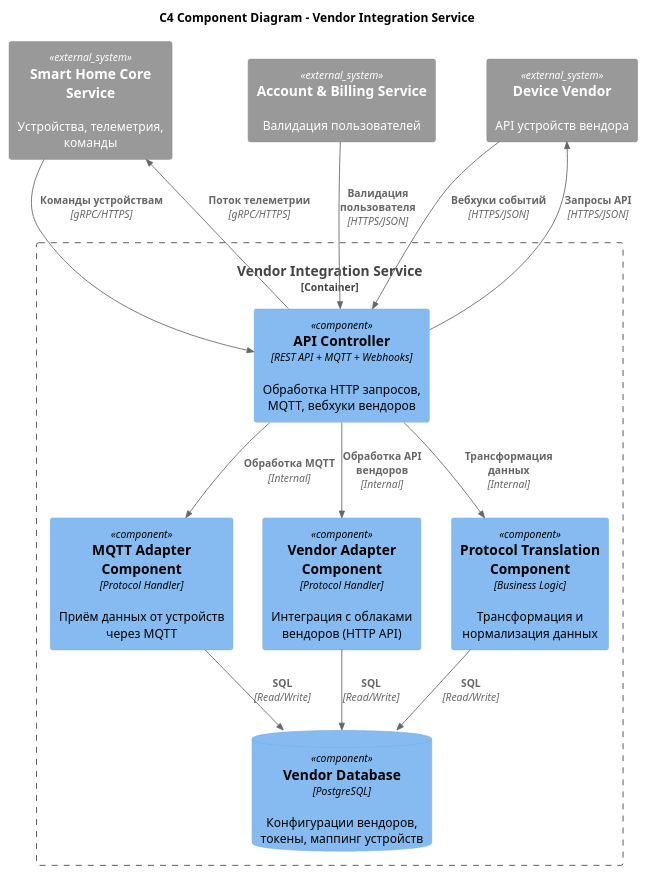
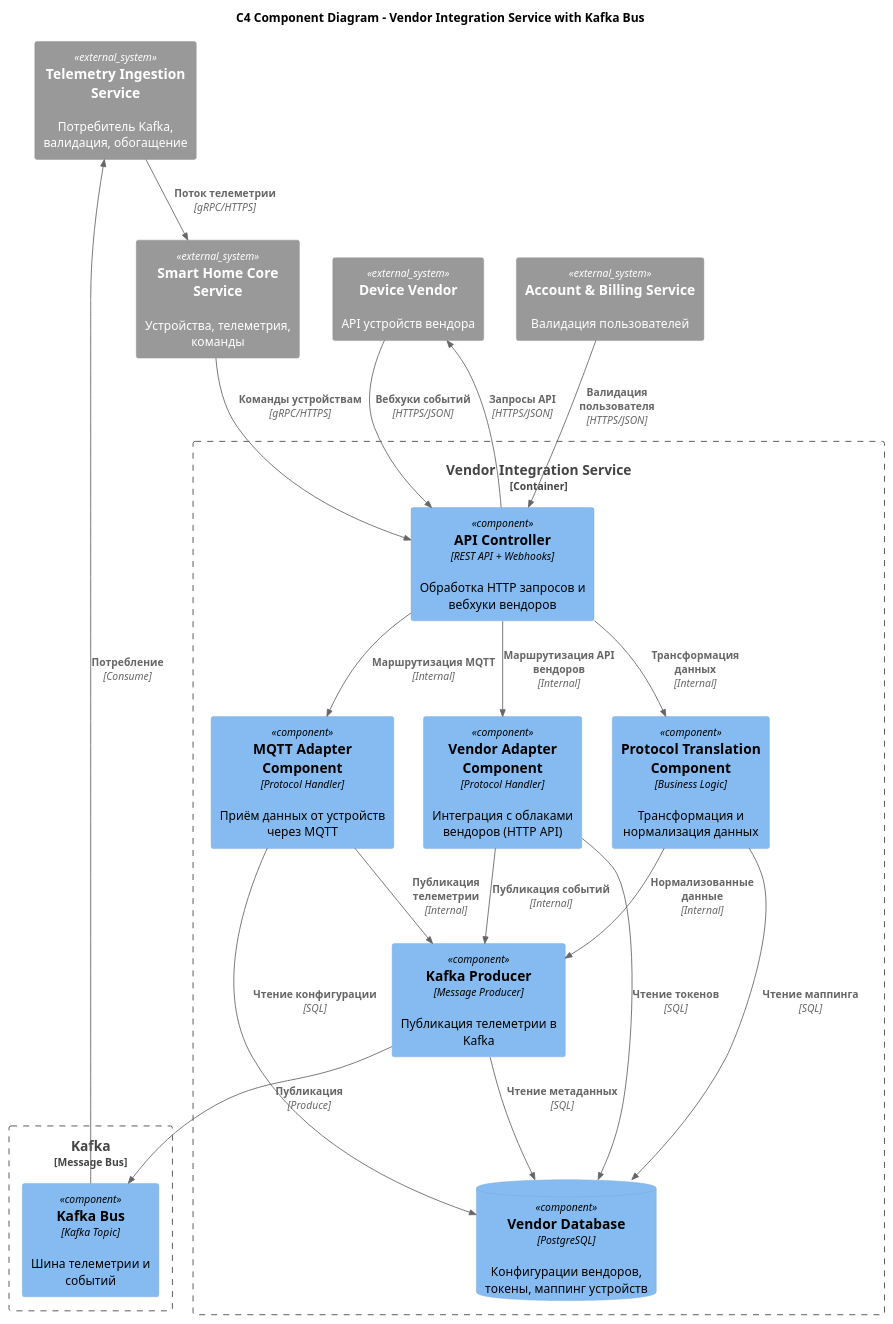
One commit to bezlim/architecture-pro-warmhouse changed the diagram in schemas/c4_vendor_integration_component.puml. Above: the diagram before and after it, drawn with PlantUML. The commit also changed 4 other files, not shown here.

```diff
--- a/schemas/c4_vendor_integration_component.puml
+++ b/schemas/c4_vendor_integration_component.puml
@@ -1,35 +1,56 @@
 @startuml c4_vendor_component
 !include https://raw.githubusercontent.com/plantuml-stdlib/C4-PlantUML/master/C4_Component.puml
 
-title C4 Component Diagram - Vendor Integration Service
+title C4 Component Diagram - Vendor Integration Service with Kafka Bus
 
 Container_Boundary(vendor_container, "Vendor Integration Service") {
-    
-    Component(api_controller, "API Controller", "REST API + MQTT + Webhooks", "Обработка HTTP запросов, MQTT, вебхуки вендоров")
-    
+
+    Component(api_controller, "API Controller", "REST API + Webhooks", "Обработка HTTP запросов и вебхуки вендоров")
+
     Component(mqtt_adapter, "MQTT Adapter Component", "Protocol Handler", "Приём данных от устройств через MQTT")
-    
+
     Component(vendor_adapter, "Vendor Adapter Component", "Protocol Handler", "Интеграция с облаками вендоров (HTTP API)")
-    
+
     Component(protocol_component, "Protocol Translation Component", "Business Logic", "Трансформация и нормализация данных")
-    
+
+    Component(kafka_producer, "Kafka Producer", "Message Producer", "Публикация телеметрии в Kafka")
+
     ComponentDb(vendor_db, "Vendor Database", "PostgreSQL", "Конфигурации вендоров, токены, маппинг устройств")
+}
+
+Boundary(kafka_boundary, "Kafka", "Message Bus") {
+    Component(kafka_bus, "Kafka Bus", "Kafka Topic", "Шина телеметрии и событий")
 }
 
 System_Ext(core_service, "Smart Home Core Service", "Устройства, телеметрия, команды")
 System_Ext(account_service, "Account & Billing Service", "Валидация пользователей")
 System_Ext(vendor_cloud_a, "Device Vendor", "API устройств вендора")
+System_Ext(telemetry_ingestion, "Telemetry Ingestion Service", "Потребитель Kafka, валидация, обогащение")
 
 Rel(vendor_cloud_a, api_controller, "Вебхуки событий", "HTTPS/JSON")
 Rel(api_controller, vendor_cloud_a, "Запросы API", "HTTPS/JSON")
-Rel(api_controller, core_service, "Поток телеметрии", "gRPC/HTTPS")
+
+' Async telemetry flow via Kafka
+Rel(mqtt_adapter, kafka_producer, "Публикация телеметрии", "Internal")
+Rel(vendor_adapter, kafka_producer, "Публикация событий", "Internal")
+Rel(protocol_component, kafka_producer, "Нормализованные данные", "Internal")
+
+Rel(kafka_producer, kafka_bus, "Публикация", "Produce")
+
+Rel(kafka_bus, telemetry_ingestion, "Потребление", "Consume")
+
+Rel(telemetry_ingestion, core_service, "Поток телеметрии", "gRPC/HTTPS")
+
+' Sync commands flow
 Rel(core_service, api_controller, "Команды устройствам", "gRPC/HTTPS")
+
 Rel(account_service, api_controller, "Валидация пользователя", "HTTPS/JSON")
-Rel(api_controller, mqtt_adapter, "Обработка MQTT", "Internal")
-Rel(api_controller, vendor_adapter, "Обработка API вендоров", "Internal")
+Rel(api_controller, mqtt_adapter, "Маршрутизация MQTT", "Internal")
+Rel(api_controller, vendor_adapter, "Маршрутизация API вендоров", "Internal")
 Rel(api_controller, protocol_component, "Трансформация данных", "Internal")
-Rel(mqtt_adapter, vendor_db, "SQL", "Read/Write")
-Rel(vendor_adapter, vendor_db, "SQL", "Read/Write")
-Rel(protocol_component, vendor_db, "SQL", "Read/Write")
+Rel(mqtt_adapter, vendor_db, "Чтение конфигурации", "SQL")
+Rel(vendor_adapter, vendor_db, "Чтение токенов", "SQL")
+Rel(protocol_component, vendor_db, "Чтение маппинга", "SQL")
+Rel(kafka_producer, vendor_db, "Чтение метаданных", "SQL")
 
 @enduml
```
